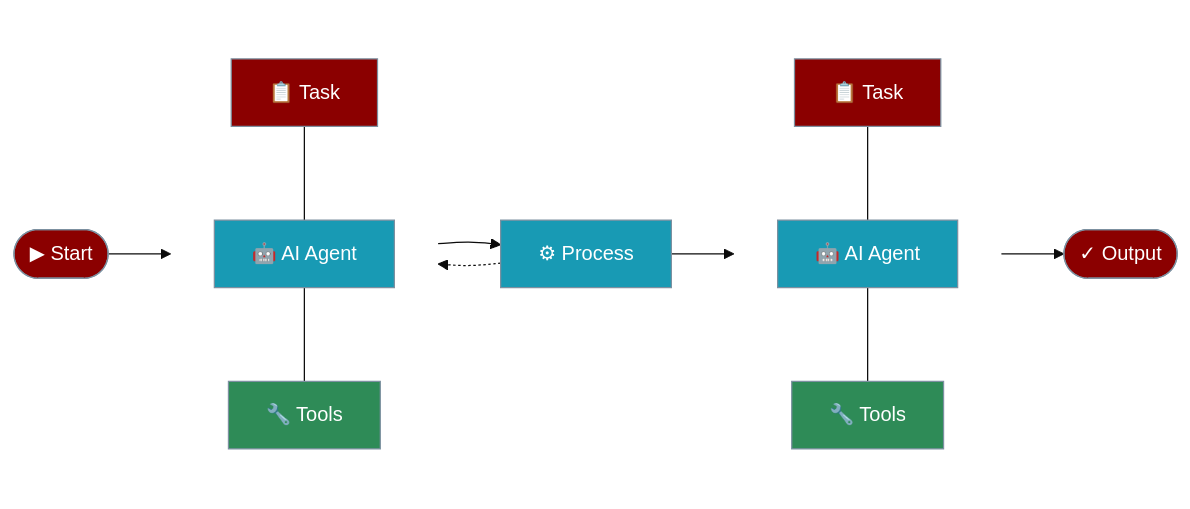
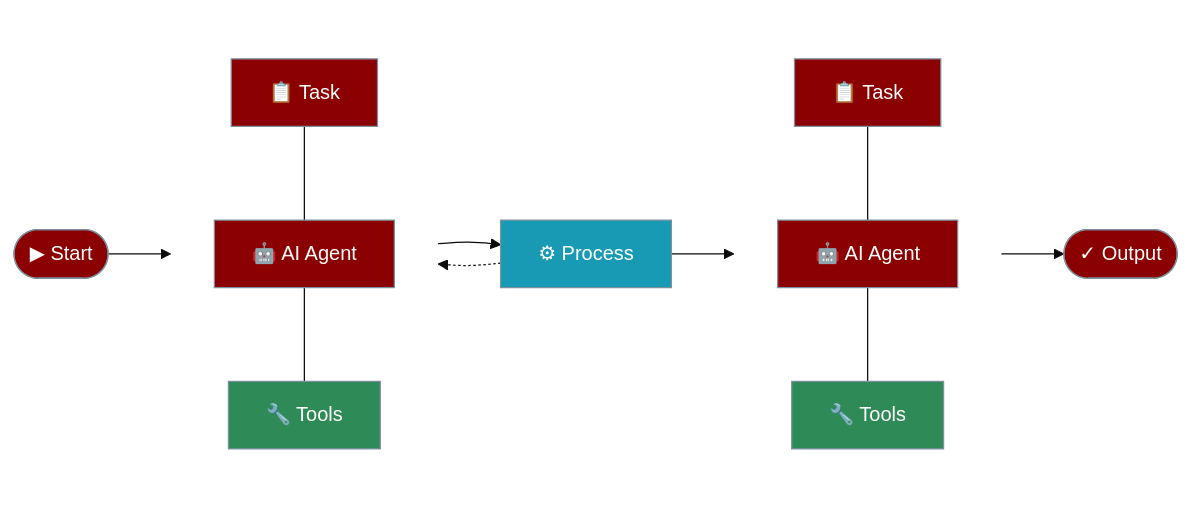
One commit to MervinPraison/PraisonAIDocs changed the diagram in docs/js/js.mdx. Above: the diagram before and after it, drawn with Mermaid (base theme). The commit also changed 16 other files, not shown here.

````diff
--- a/docs/js/js.mdx
+++ b/docs/js/js.mdx
@@ -10,38 +10,41 @@
 ```mermaid
 graph LR
     %% Define the main flow
     Start([▶ Start]) --> Agent1
     Agent1 --> Process[⚙ Process]
     Process --> Agent2
     Agent2 --> Output([✓ Output])
     Process -.-> Agent1
     
     %% Define subgraphs for agents and their tasks
     subgraph Agent1[ ]
         Task1[📋 Task]
         AgentIcon1[🤖 AI Agent]
         Tools1[🔧 Tools]
         
         Task1 --- AgentIcon1
         AgentIcon1 --- Tools1
     end
     
     subgraph Agent2[ ]
         Task2[📋 Task]
         AgentIcon2[🤖 AI Agent]
         Tools2[🔧 Tools]
         
         Task2 --- AgentIcon2
         AgentIcon2 --- Tools2
     end
 
     classDef input fill:#8B0000,stroke:#7C90A0,color:#fff
     classDef process fill:#189AB4,stroke:#7C90A0,color:#fff
     classDef tools fill:#2E8B57,stroke:#7C90A0,color:#fff
     classDef transparent fill:none,stroke:none
 
     class Start,Output,Task1,Task2 input
     class Process,AgentIcon1,AgentIcon2 process
     class Tools1,Tools2 tools
     class Agent1,Agent2 transparent
+
+    classDef agent fill:#8B0000,stroke:#7C90A0,color:#fff
+    class AgentIcon1,AgentIcon2 agent
 ```
````
